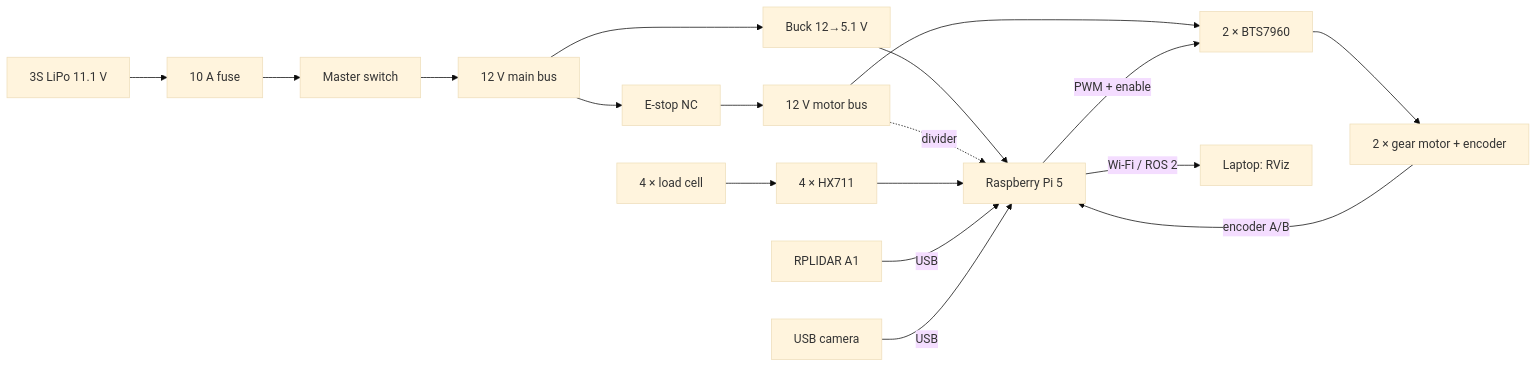
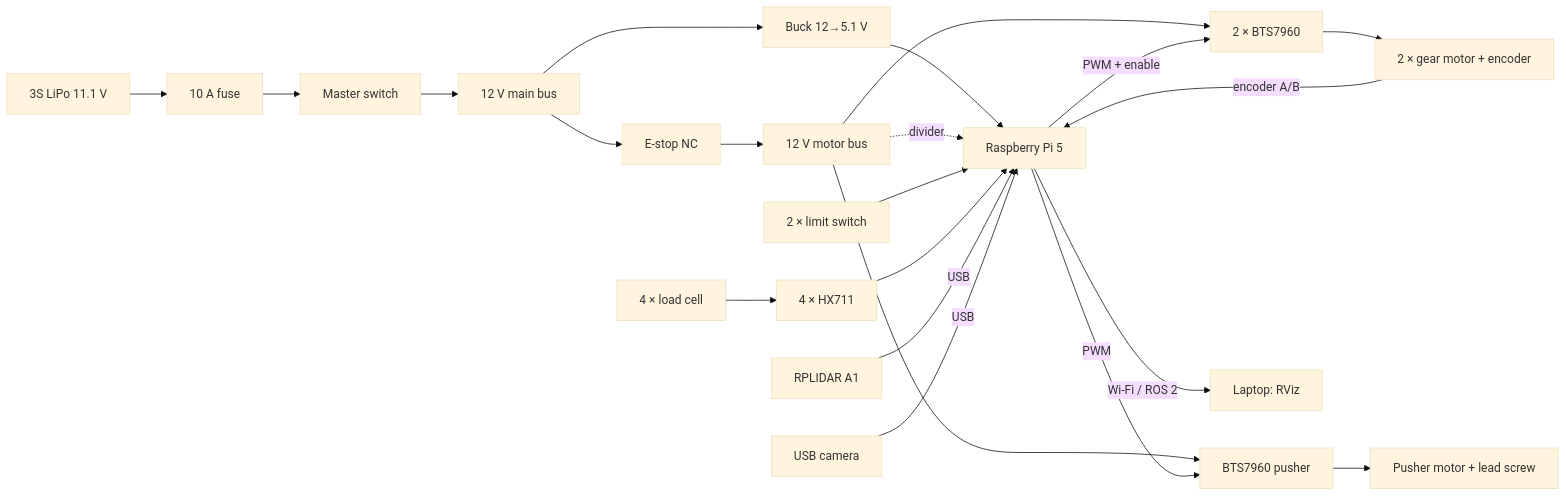
The first of 3 diagrams in BUILD_GUIDE.md (ahmedoab/cargo_robot), drawn with Mermaid (base theme) before and after one commit. The commit also changed other lines of this file and 142 other files, not shown here.

````diff
--- a/BUILD_GUIDE.md
+++ b/BUILD_GUIDE.md
@@ -102,13 +105,16 @@
 ```mermaid
 flowchart LR
   BAT[3S LiPo 11.1 V] --> FUSE[10 A fuse] --> SW[Master switch] --> BUS12[12 V main bus]
   BUS12 --> BUCK[Buck 12→5.1 V] --> PI[Raspberry Pi 5]
   BUS12 --> ESTOP[E-stop NC] --> MBUS[12 V motor bus] --> DRV[2 × BTS7960] --> MOT[2 × gear motor + encoder]
   MBUS -. divider .-> PI
   PI -- PWM + enable --> DRV
   MOT -- encoder A/B --> PI
+  MBUS --> PDRV[BTS7960 pusher] --> PMOT[Pusher motor + lead screw]
+  PI -- PWM --> PDRV
+  LIMS[2 × limit switch] --> PI
   CELLS[4 × load cell] --> HX[4 × HX711] --> PI
   LIDAR[RPLIDAR A1] -- USB --> PI
   CAM[USB camera] -- USB --> PI
   PI -- Wi-Fi / ROS 2 --> LAP[Laptop: RViz]
 ```
````
